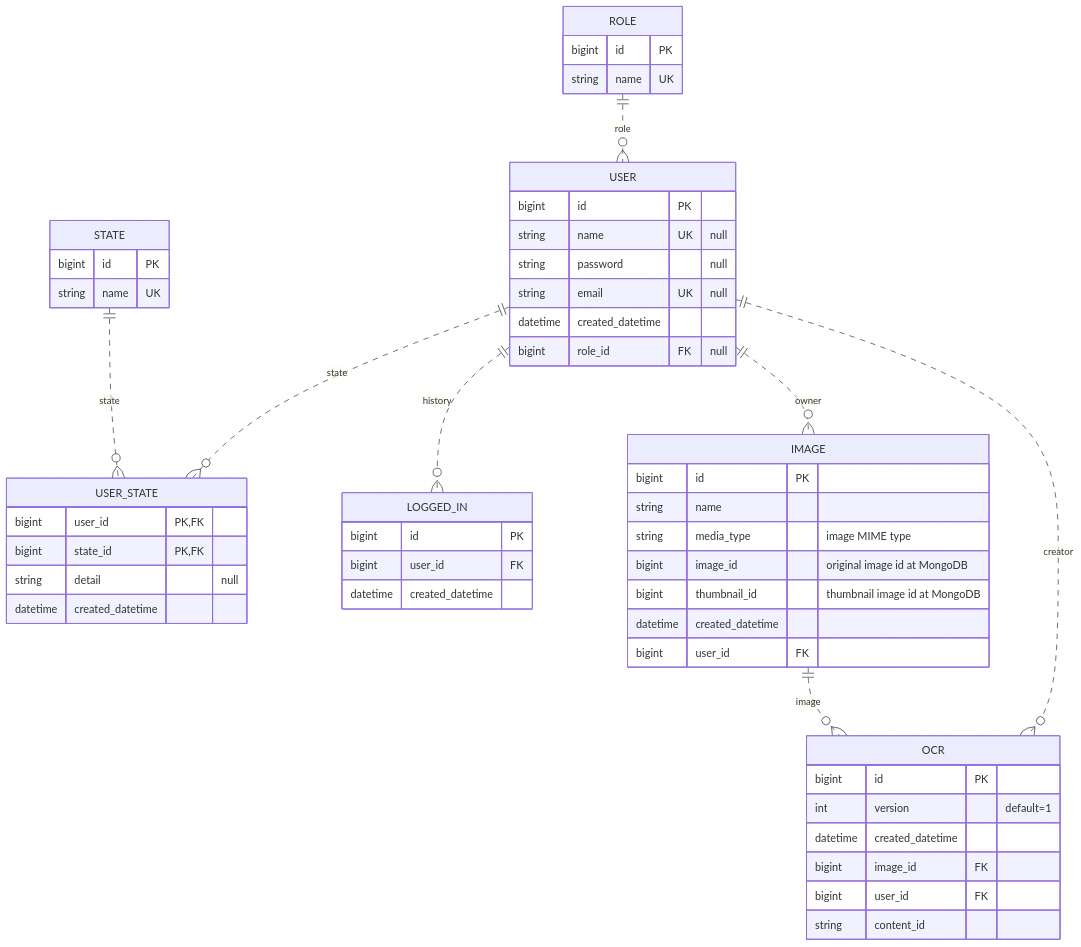
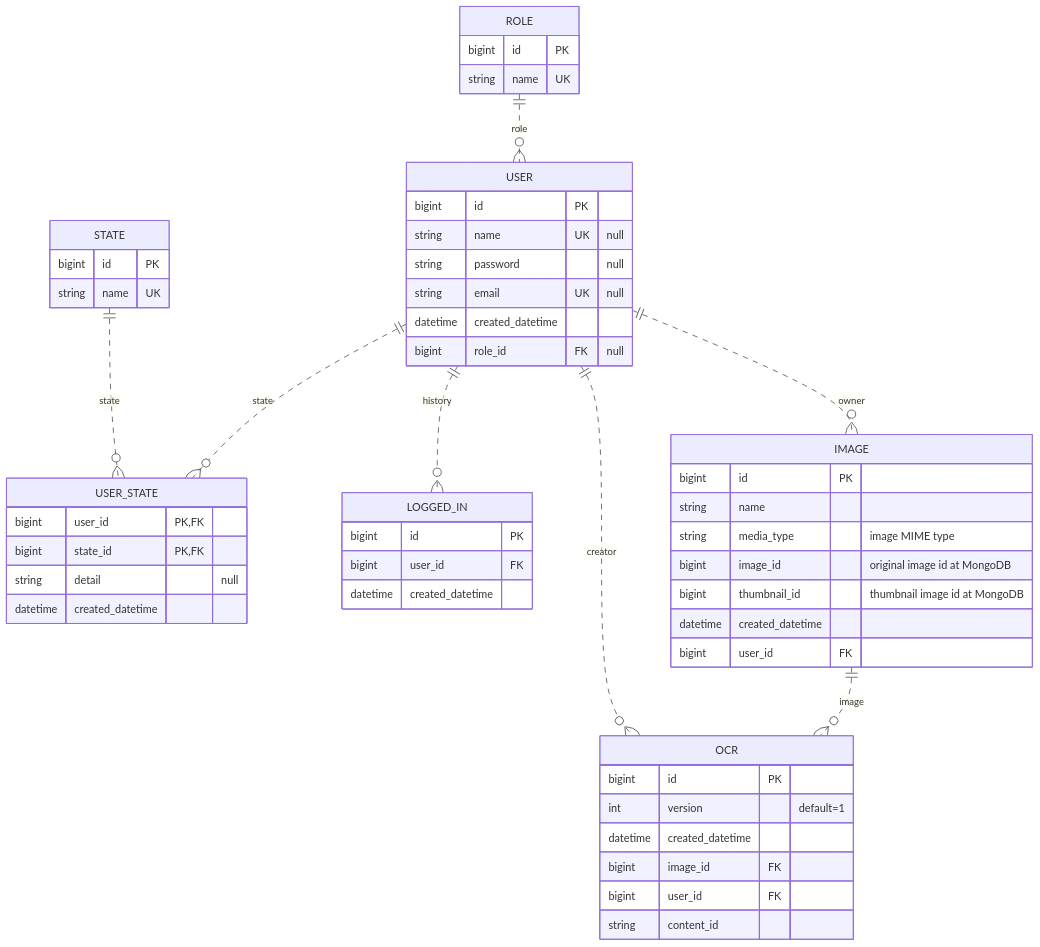
One commit to djccnt15/djccnt15.github.io changed the first of 3 diagrams in docs/portfolio/ocr.md. Above: the diagram before and after it, drawn with Mermaid. The commit also changed other lines of this file and 1 other file, not shown here.

Commit message:
update ocr portfolio add detailed sample code add minor details

````diff
--- a/docs/portfolio/ocr.md
+++ b/docs/portfolio/ocr.md
@@ -45,60 +86,60 @@
 ```mermaid
 erDiagram
-    ROLE ||..o{ USER : role
     ROLE {
         bigint id   PK
         string name UK
     }
 
-    USER ||..o{ USER_STATE : state
-    USER ||..o{ LOGGED_IN : history
-    USER ||..O{ IMAGE : owner
-    USER ||..O{ OCR : creator
+    STATE {
+        bigint id PK
+        string name UK
+    }
+
+    ROLE ||..o{ USER : role
     USER {
         bigint      id                  PK
         string      name                UK  "null"
         string      password                "null"
         string      email               UK  "null"
         datetime    created_datetime
         bigint      role_id             FK  "null"
     }
 
     STATE ||..o{ USER_STATE : state
-    STATE {
-        bigint id PK
-        string name UK
-    }
-
+    USER ||..o{ USER_STATE : state
     USER_STATE {
         bigint      user_id             PK, FK
         bigint      state_id            PK, FK
         string      detail                      "null"
         datetime    created_datetime
     }
 
+    USER ||..o{ LOGGED_IN : history
     LOGGED_IN {
         bigint      id                  PK
         bigint      user_id             FK
         datetime    created_datetime
     }
 
-    IMAGE ||..o{ OCR : image
+    USER ||..O{ IMAGE : owner
     IMAGE {
         bigint      id                  PK
         string      name
         string      media_type              "image MIME type"
         bigint      image_id                "original image id at MongoDB"
         bigint      thumbnail_id            "thumbnail image id at MongoDB"
         datetime    created_datetime
         bigint      user_id             FK
     }
 
+    USER ||..O{ OCR : creator
+    IMAGE ||..o{ OCR : image
     OCR {
         bigint      id                  PK
         int         version                 "default=1"
         datetime    created_datetime
         bigint      image_id            FK
         bigint      user_id             FK
         string      content_id
     }
 ```
````
